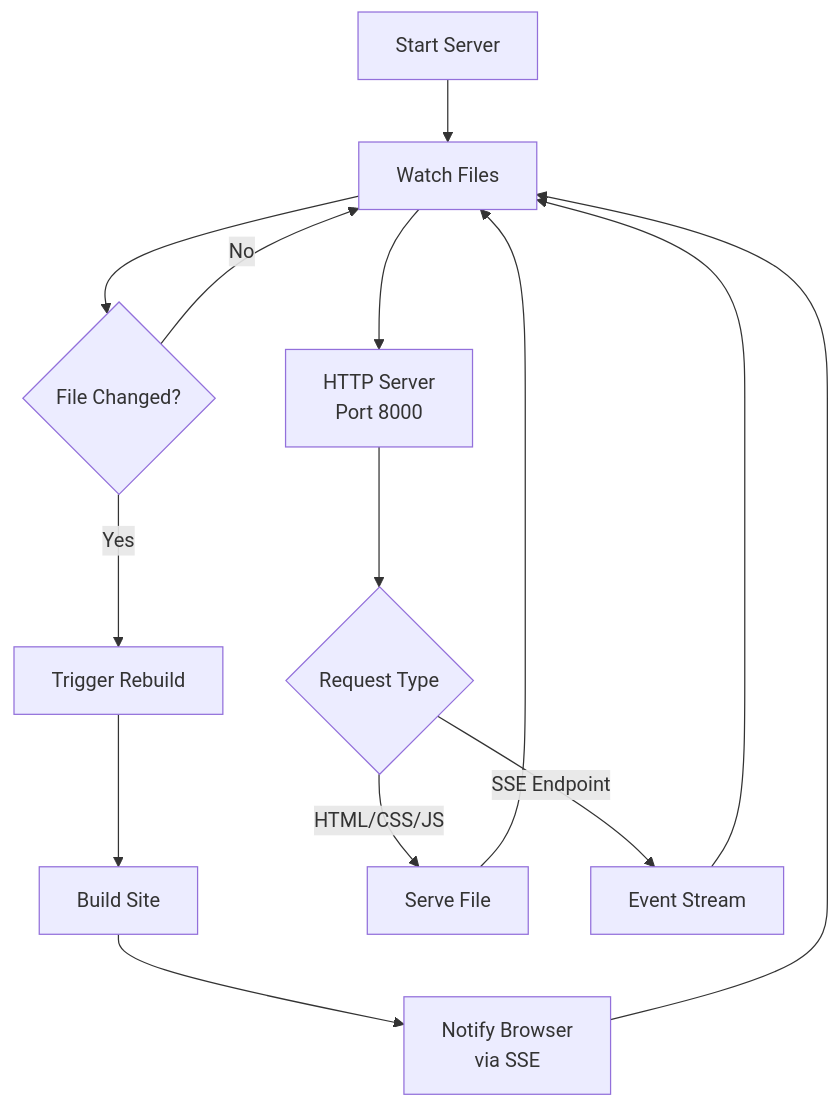
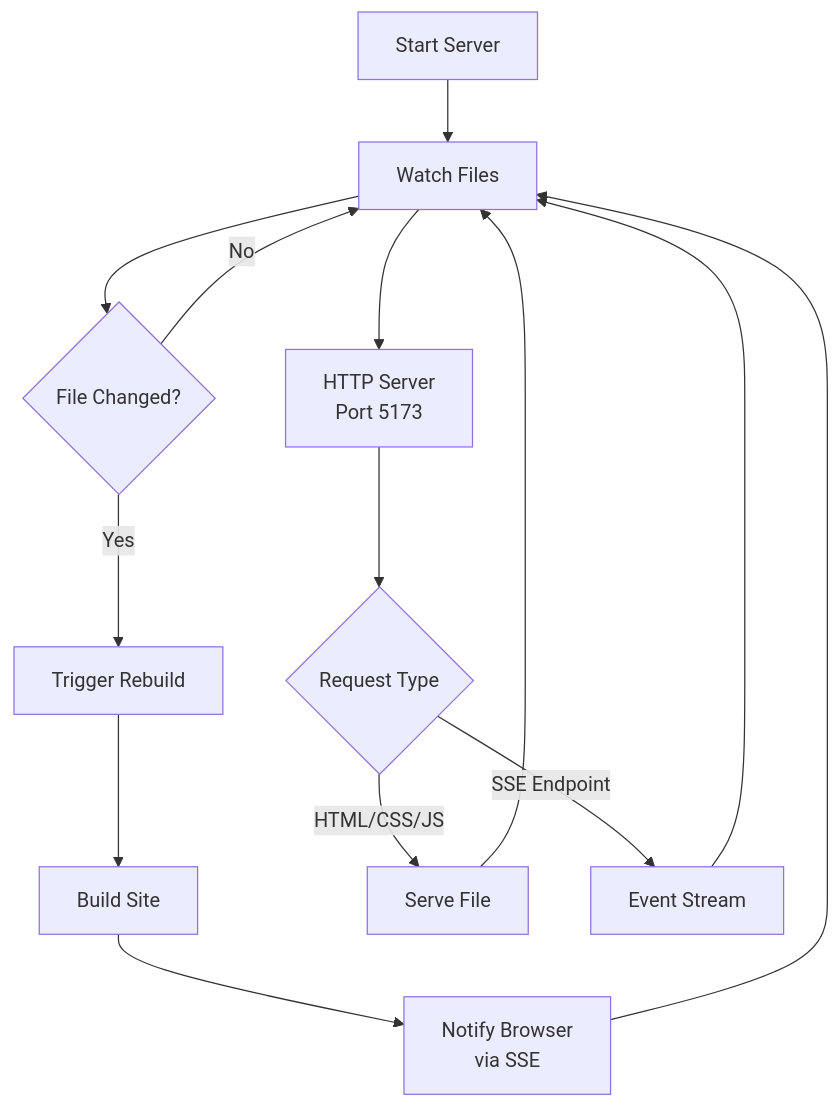
The diagram in site/content/docs/reference/architecture/tooling/server.md (lbliii/bengal), drawn with Mermaid before and after one commit. The commit also changed other lines of this file and 6 other files, not shown here.

````diff
--- a/site/content/docs/reference/architecture/tooling/server.md
+++ b/site/content/docs/reference/architecture/tooling/server.md
@@ -41,20 +29,20 @@
 ```mermaid
 flowchart TD
     Start[Start Server] --> Watch[Watch Files]
-    Watch --> Serve[HTTP Server<br/>Port 8000]
+    Watch --> Serve[HTTP Server<br/>Port 5173]
 
     Watch --> Change{File Changed?}
     Change -->|Yes| Rebuild[Trigger Rebuild]
     Change -->|No| Watch
 
     Rebuild --> BuildSite[Build Site]
     BuildSite --> Notify[Notify Browser<br/>via SSE]
     Notify --> Watch
 
     Serve --> Request{Request Type}
     Request -->|HTML/CSS/JS| Static[Serve File]
     Request -->|SSE Endpoint| Events[Event Stream]
 
     Static --> Watch
     Events --> Watch
 ```
````
